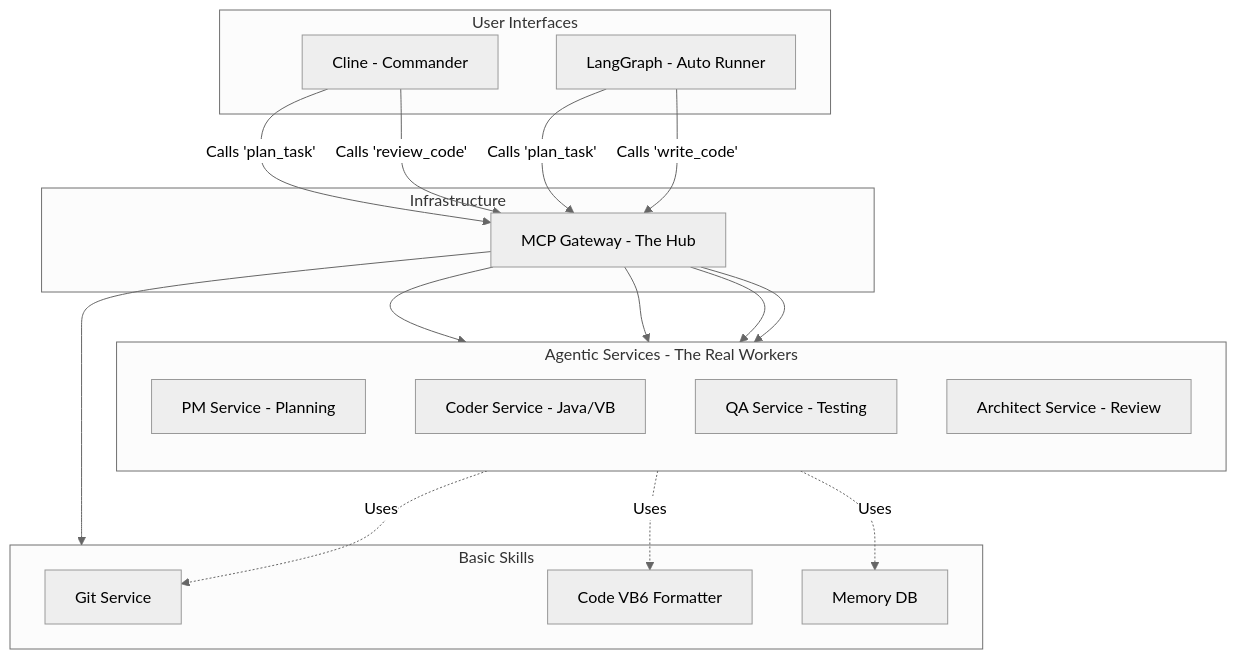
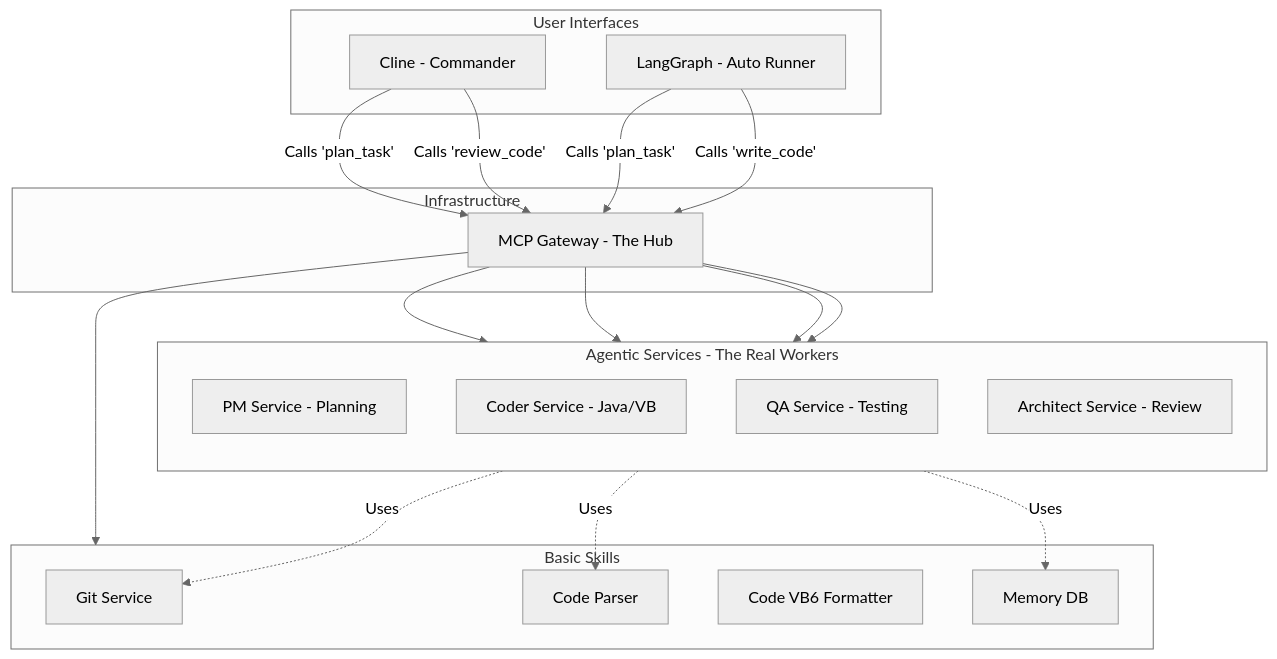
One commit to wmwang/ai_coding_agent changed the first of 2 diagrams in docs/custom_agent_design.md. Above: the diagram before and after it, drawn with Mermaid (neutral theme).

Commit message:
Rename Code VB6 Formatter node in diagram

````diff
--- a/docs/custom_agent_design.md
+++ b/docs/custom_agent_design.md
@@ -18,46 +18,46 @@
 ```mermaid
 flowchart TD
     subgraph Users [User Interfaces]
         Cline[Cline - Commander]
         AutoScript[LangGraph - Auto Runner]
     end
 
     subgraph Router [Infrastructure]
         Gateway[MCP Gateway - The Hub]
     end
 
     subgraph Services [Agentic Services - The Real Workers]
         direction TB
         PM_Service[PM Service - Planning]
         Dev_Service[Coder Service - Java/VB]
         QA_Service[QA Service - Testing]
         Arch_Service[Architect Service - Review]
     end
 
     subgraph BasicTools [Basic Skills]
         Git[Git Service]
         Parser[Code Parser]
-        Parser[Code VB6 Formatter]
+        Format[Code VB6 Formatter]
         DB[Memory DB]
     end
 
     %% Cline Calls
     Cline -->|Calls 'plan_task'| Gateway
     Cline -->|Calls 'review_code'| Gateway
 
     %% LangGraph Calls
     AutoScript -->|Calls 'plan_task'| Gateway
     AutoScript -->|Calls 'write_code'| Gateway
     
     %% Gateway Routing
     Gateway --> PM_Service
     Gateway --> Dev_Service
     Gateway --> QA_Service
     Gateway --> Arch_Service
     Gateway --> BasicTools
 
     %% Services use Basic Tools
     PM_Service -.->|Uses| DB
     Dev_Service -.->|Uses| Parser
     Dev_Service -.->|Uses| Git
 ```
````
